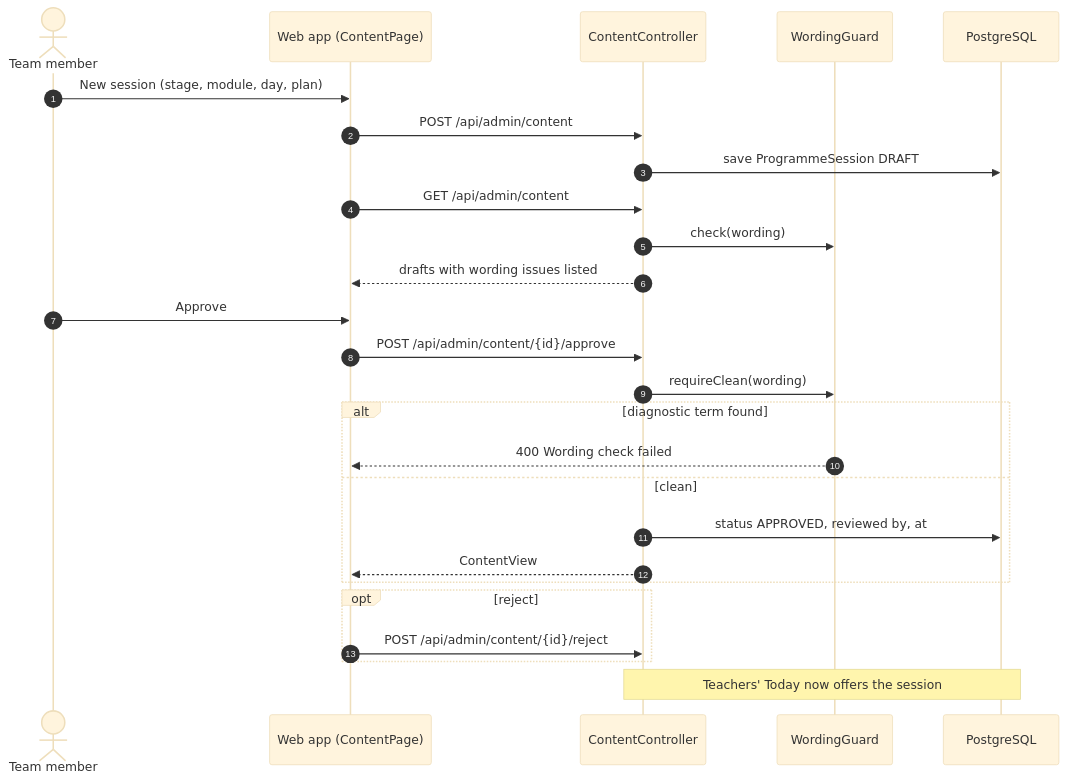
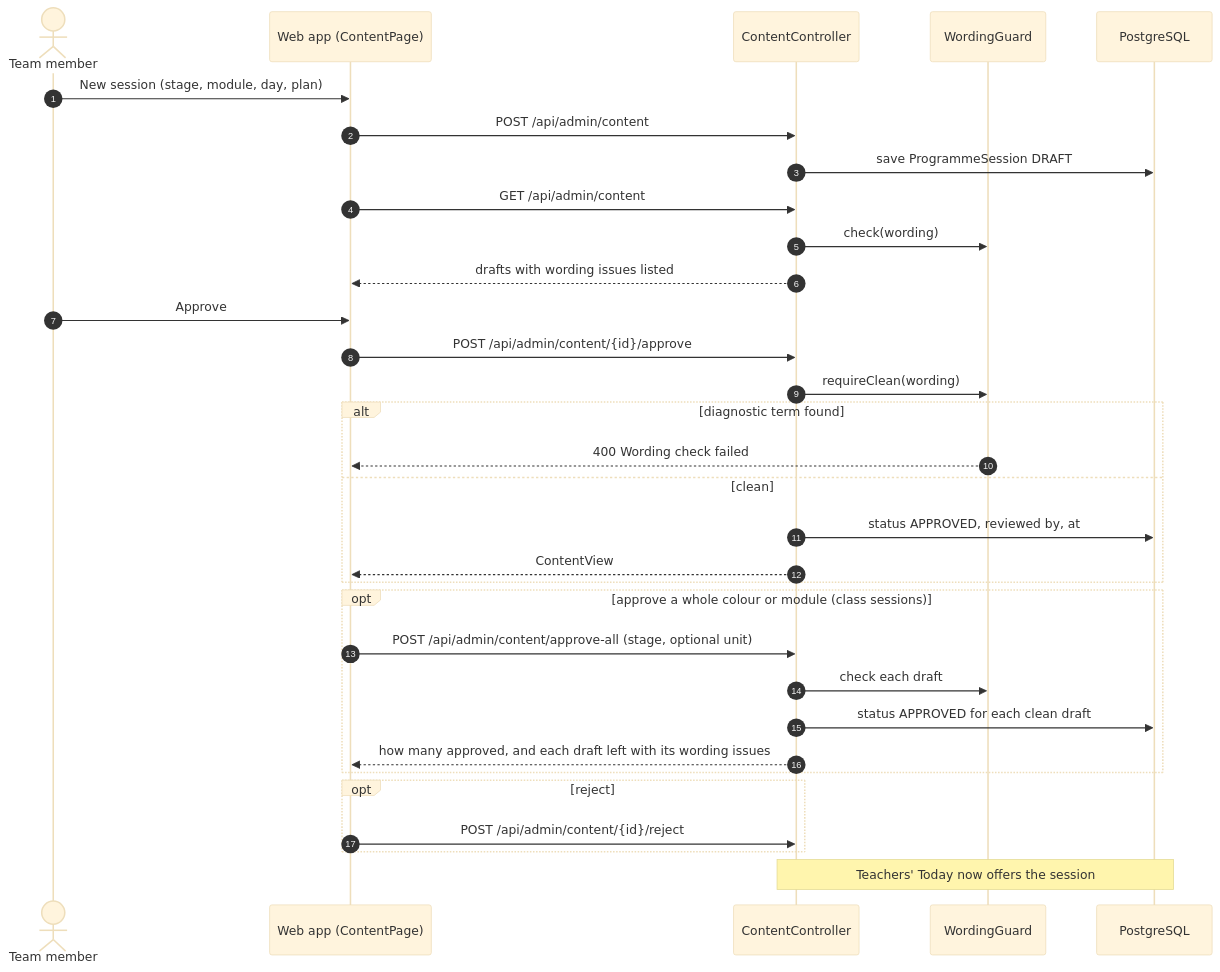
The first of 4 diagrams in docs/flows/7-motor-movers-team.md (ersagarnikam/MoterMoversPlatform), drawn with Mermaid (base theme) before and after one commit. The commit also changed other lines of this file and 37 other files, not shown here.

````diff
--- a/docs/flows/7-motor-movers-team.md
+++ b/docs/flows/7-motor-movers-team.md
@@ -26,28 +26,34 @@
 ```mermaid
 sequenceDiagram
   autonumber
   actor A as Team member
   participant W as Web app (ContentPage)
   participant API as ContentController
   participant G as WordingGuard
   participant DB as PostgreSQL
   A->>W: New session (stage, module, day, plan)
   W->>API: POST /api/admin/content
   API->>DB: save ProgrammeSession DRAFT
   W->>API: GET /api/admin/content
   API->>G: check(wording)
   API-->>W: drafts with wording issues listed
   A->>W: Approve
   W->>API: POST /api/admin/content/{id}/approve
   API->>G: requireClean(wording)
   alt diagnostic term found
     G-->>W: 400 Wording check failed
   else clean
     API->>DB: status APPROVED, reviewed by, at
     API-->>W: ContentView
   end
+  opt approve a whole colour or module (class sessions)
+    W->>API: POST /api/admin/content/approve-all (stage, optional unit)
+    API->>G: check each draft
+    API->>DB: status APPROVED for each clean draft
+    API-->>W: how many approved, and each draft left with its wording issues
+  end
   opt reject
     W->>API: POST /api/admin/content/{id}/reject
   end
   Note over API,DB: Teachers' Today now offers the session
 ```
````
